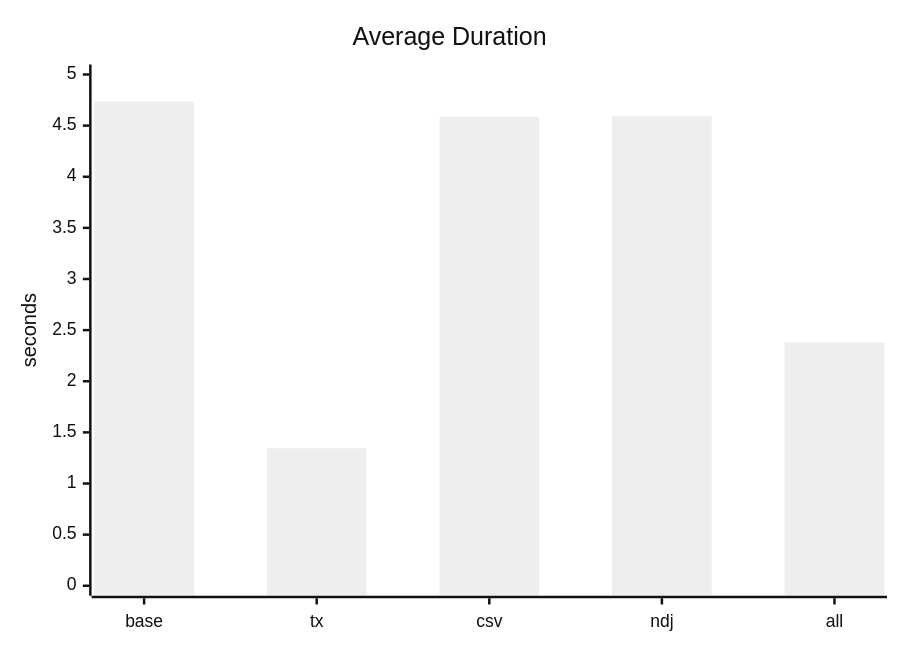
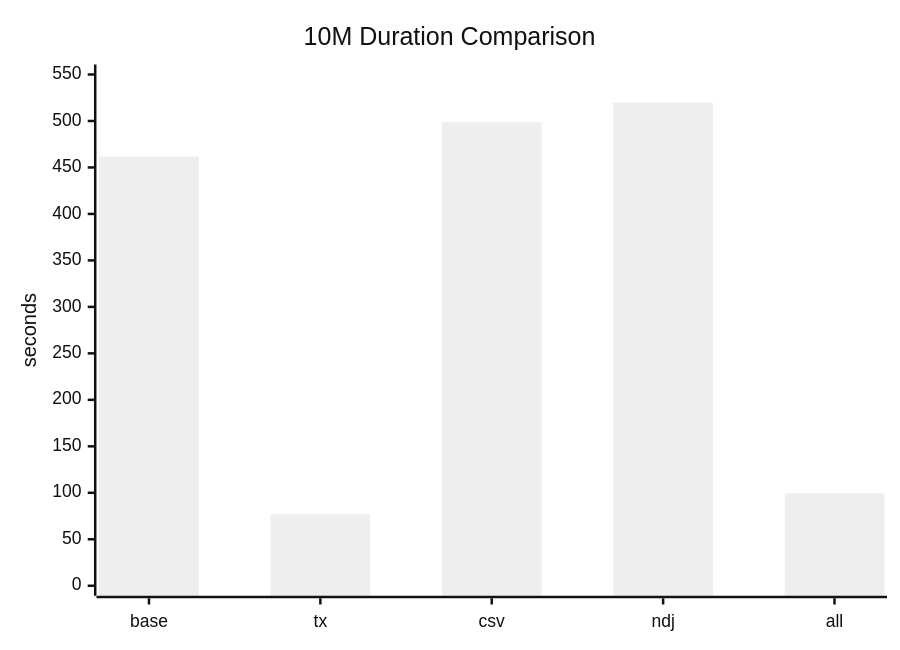
Before and after one commit to Raynhardt-Van-Zyl/noda-interview: the seventh of 9 diagrams in METRICS.md, drawn with Mermaid (neutral theme). The commit also changed other lines of this file and 1 other file, not shown here.

````diff
--- a/METRICS.md
+++ b/METRICS.md
@@ -80,7 +158,7 @@
 ```mermaid
 xychart-beta
-    title "Average Duration"
+    title "10M Duration Comparison"
     x-axis ["base", "tx", "csv", "ndj", "all"]
-    y-axis "seconds" 0 --> 5
-    bar [4.737, 1.344, 4.585, 4.591, 2.380]
+    y-axis "seconds" 0 --> 550
+    bar [461.781, 76.972, 498.610, 519.623, 99.363]
 ```
````
